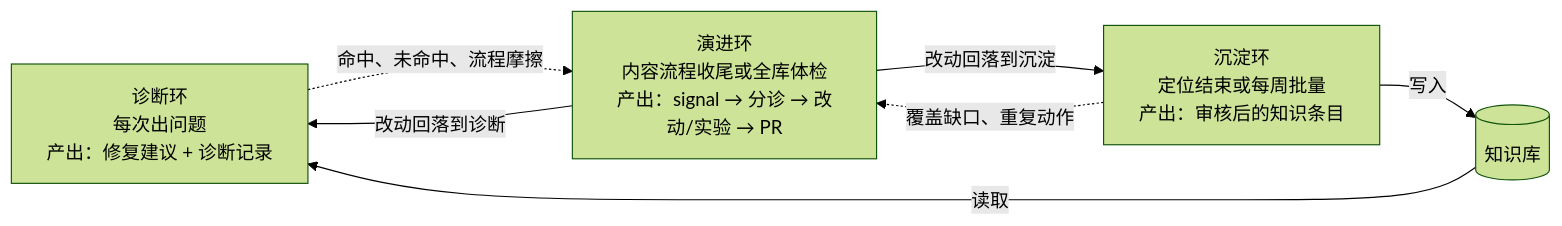
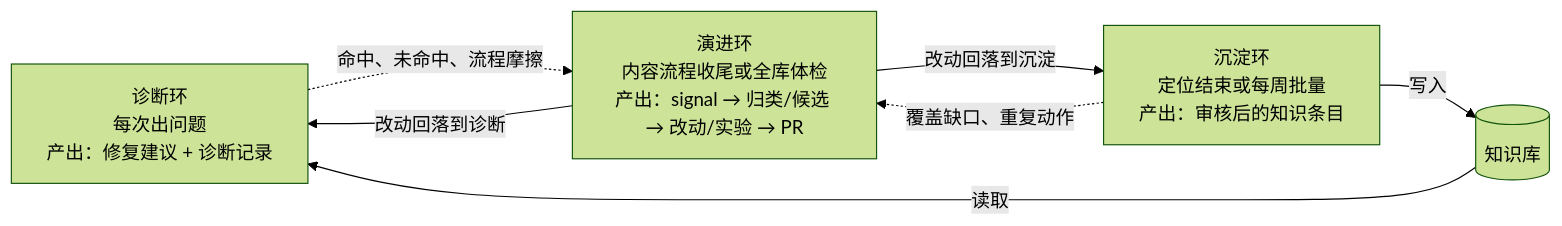
The first of 2 diagrams in docs/mechanism/rsi-mechanism.md (pillumina/ascend-sleuth), drawn with Mermaid (forest theme) before and after one commit. The commit also changed other lines of this file and 48 other files, not shown here.

````diff
--- a/docs/mechanism/rsi-mechanism.md
+++ b/docs/mechanism/rsi-mechanism.md
@@ -35,13 +35,13 @@
 ```mermaid
 flowchart LR
     DX["诊断环<br/>每次出问题<br/>产出：修复建议 + 诊断记录"]
     CJ["沉淀环<br/>定位结束或每周批量<br/>产出：审核后的知识条目"]
-    YJ["演进环<br/>内容流程收尾或全库体检<br/>产出：signal → 分诊 → 改动/实验 → PR"]
+    YJ["演进环<br/>内容流程收尾或全库体检<br/>产出：signal → 归类/候选 → 改动/实验 → PR"]
     KB[("知识库")]
     DX -.->|"命中、未命中、流程摩擦"| YJ
     CJ -.->|"覆盖缺口、重复动作"| YJ
     YJ -->|"改动回落到诊断"| DX
     YJ -->|"改动回落到沉淀"| CJ
     CJ -->|"写入"| KB
     KB -->|"读取"| DX
 ```
````
